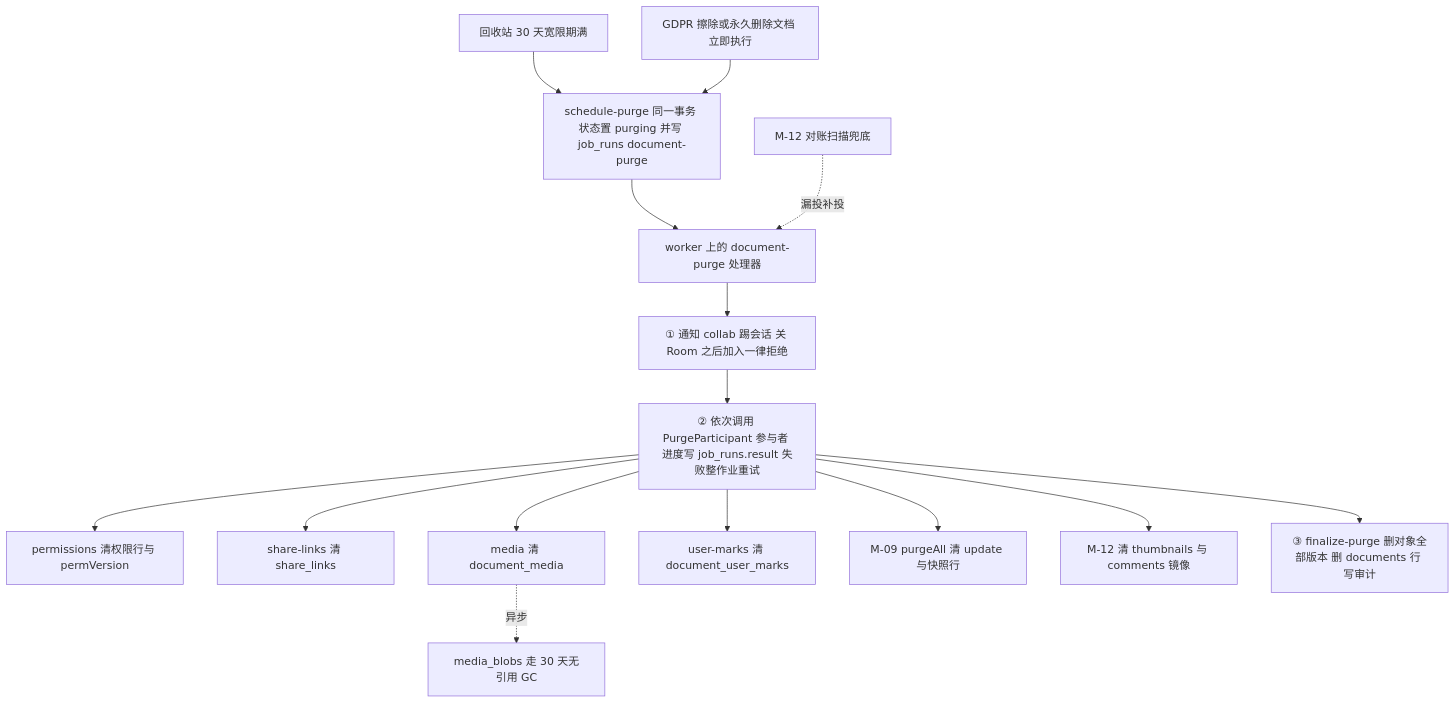
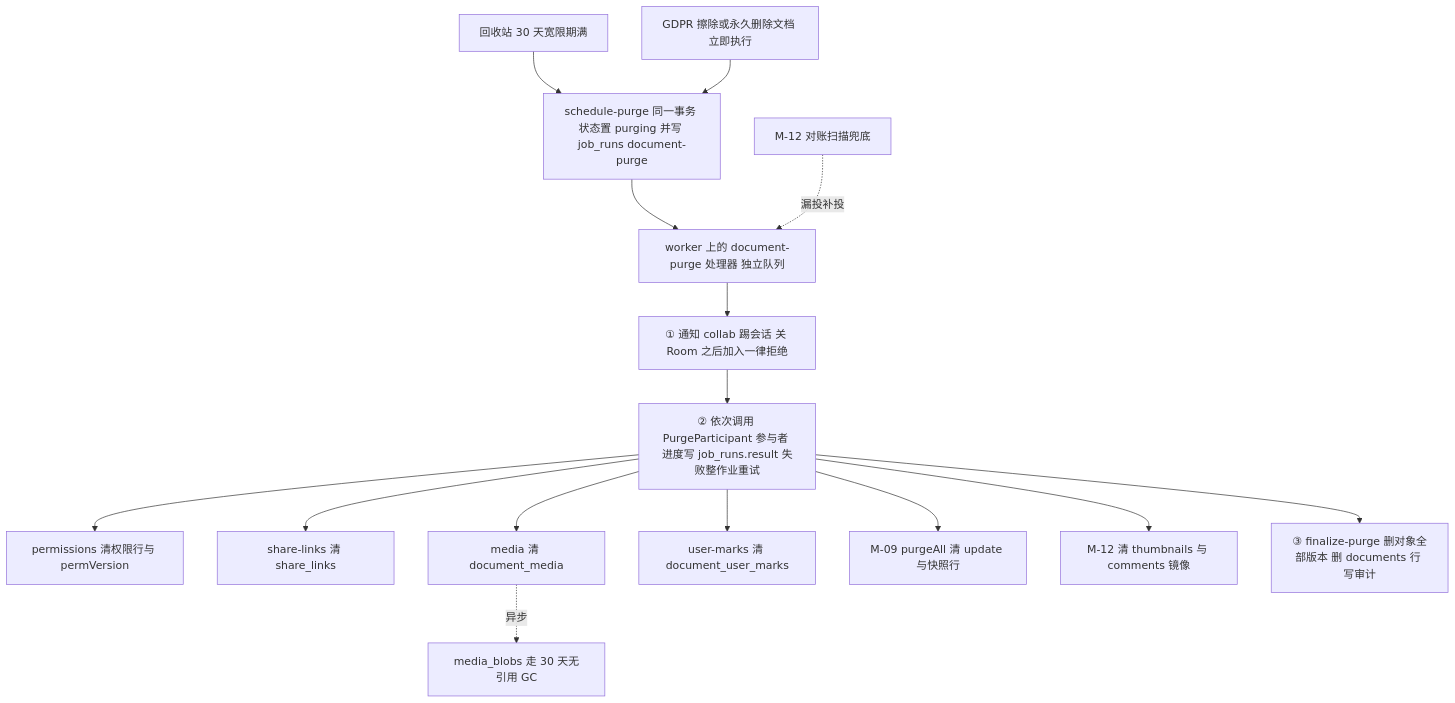
The sixth of 8 diagrams in docs/40-modules/08-server-identity-documents-and-storage.md (Xeonice/cordis-ppt-editor), drawn with Mermaid before and after one commit. The commit also changed other lines of this file and 79 other files, not shown here.

````diff
--- a/docs/40-modules/08-server-identity-documents-and-storage.md
+++ b/docs/40-modules/08-server-identity-documents-and-storage.md
@@ -376,32 +343,32 @@
 ```mermaid
 flowchart TB
 trigger1["回收站 30 天宽限期满"]
 trigger2["GDPR 擦除或永久删除文档 立即执行"]
 schedule["schedule-purge 同一事务 状态置 purging 并写 job_runs document-purge"]
 recon["M-12 对账扫描兜底"]
-proc["worker 上的 document-purge 处理器"]
+proc["worker 上的 document-purge 处理器 独立队列"]
 kick["① 通知 collab 踢会话 关 Room 之后加入一律拒绝"]
 loop["② 依次调用 PurgeParticipant 参与者 进度写 job_runs.result 失败整作业重试"]
 perm["permissions 清权限行与 permVersion"]
 share["share-links 清 share_links"]
 media["media 清 document_media"]
 marks["user-marks 清 document_user_marks"]
 collab["M-09 purgeAll 清 update 与快照行"]
 m12["M-12 清 thumbnails 与 comments 镜像"]
 fin["③ finalize-purge 删对象全部版本 删 documents 行 写审计"]
 gc["media_blobs 走 30 天无引用 GC"]
 trigger1 --> schedule
 trigger2 --> schedule
 schedule --> proc
 recon -. "漏投补投" .-> proc
 proc --> kick
 kick --> loop
 loop --> perm
 loop --> share
 loop --> media
 loop --> marks
 loop --> collab
 loop --> m12
 loop --> fin
 media -. "异步" .-> gc
 ```
````
